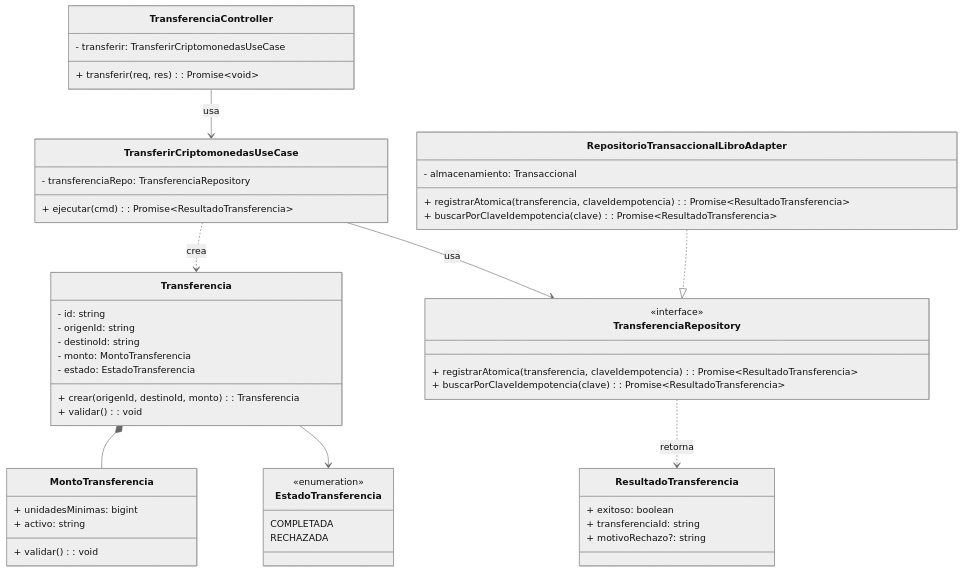
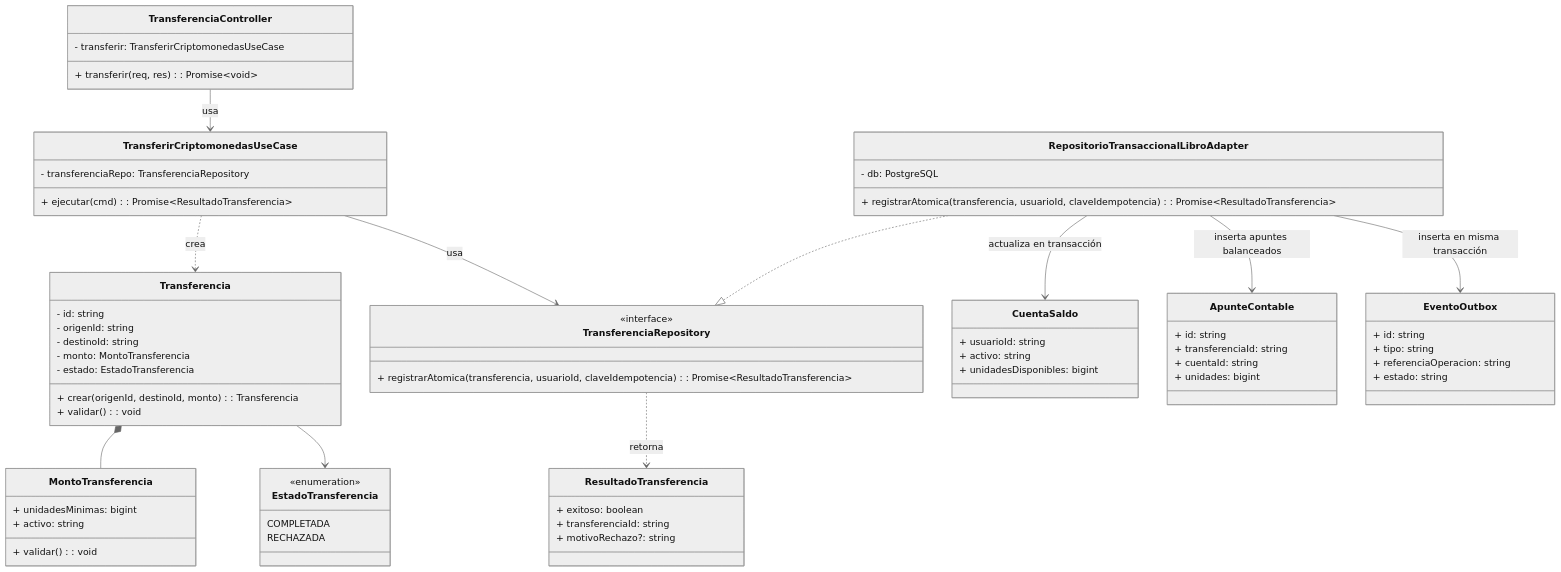
Before and after one commit to B3L70N/Flexcoin-arquitSoft-02-Jordy-Huaman: the first of 2 diagrams in docs/04-modelo-c4/Nivel4-DiagramadeCodigo.md, drawn with Mermaid (neutral theme). The commit also changed other lines of this file and 9 other files, not shown here.

````diff
--- a/docs/04-modelo-c4/Nivel4-DiagramadeCodigo.md
+++ b/docs/04-modelo-c4/Nivel4-DiagramadeCodigo.md
@@ -60,8 +60,7 @@
 
     class TransferenciaRepository {
         <<interface>>
-        + registrarAtomica(transferencia, claveIdempotencia): Promise~ResultadoTransferencia~
-        + buscarPorClaveIdempotencia(clave): Promise~ResultadoTransferencia~
+        + registrarAtomica(transferencia, usuarioId, claveIdempotencia): Promise~ResultadoTransferencia~
     }
 
     class ResultadoTransferencia {
@@ -71,9 +70,28 @@
     }
 
     class RepositorioTransaccionalLibroAdapter {
-        - almacenamiento: Transaccional
-        + registrarAtomica(transferencia, claveIdempotencia): Promise~ResultadoTransferencia~
-        + buscarPorClaveIdempotencia(clave): Promise~ResultadoTransferencia~
+        - db: PostgreSQL
+        + registrarAtomica(transferencia, usuarioId, claveIdempotencia): Promise~ResultadoTransferencia~
+    }
+
+    class CuentaSaldo {
+        + usuarioId: string
+        + activo: string
+        + unidadesDisponibles: bigint
+    }
+
+    class ApunteContable {
+        + id: string
+        + transferenciaId: string
+        + cuentaId: string
+        + unidades: bigint
+    }
+
+    class EventoOutbox {
+        + id: string
+        + tipo: string
+        + referenciaOperacion: string
+        + estado: string
     }
 
     %% RELACIONES
@@ -85,4 +103,7 @@
 
     RepositorioTransaccionalLibroAdapter ..|> TransferenciaRepository
     TransferenciaRepository ..> ResultadoTransferencia : retorna
+    RepositorioTransaccionalLibroAdapter --> CuentaSaldo : actualiza en transacción
+    RepositorioTransaccionalLibroAdapter --> ApunteContable : inserta apuntes balanceados
+    RepositorioTransaccionalLibroAdapter --> EventoOutbox : inserta en misma transacción
 ```
````
